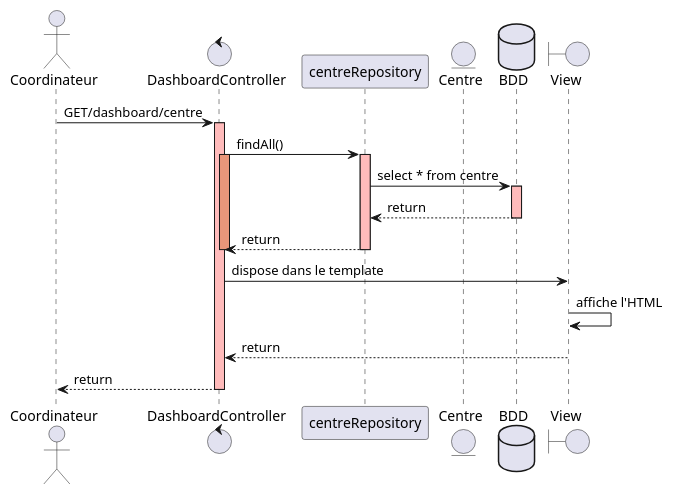
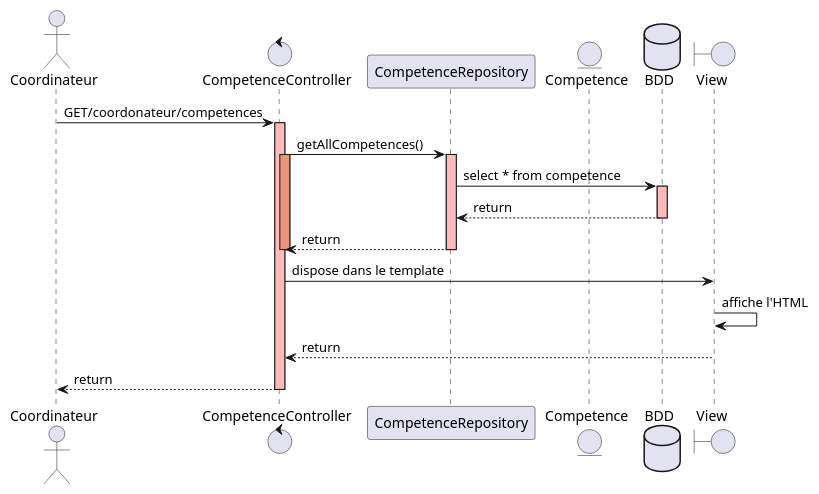
One commit to GreenHawk-99/AppGreta changed the diagram in doc/puml/SequenceDiagram.puml. Above: the diagram before and after it, drawn with PlantUML. The commit also changed 5 other files, not shown here.

```diff
--- a/doc/puml/SequenceDiagram.puml
+++ b/doc/puml/SequenceDiagram.puml
@@ -1,32 +1,32 @@
 @startuml
 
 actor Coordinateur
-control "DashboardController" as DC
-participant "centreRepository" as CR
-entity "Centre" as C
+control "CompetenceController" as DC
+participant "CompetenceRepository" as CR
+entity "Competence" as C
 database "BDD" as BDD
 boundary "View" as V
 
-Coordinateur -> DC: GET/dashboard/centre
+Coordinateur -> DC: GET/coordonateur/competences
 activate DC #FFBBBB
 
-DC -> CR: findAll()
+DC -> CR: getAllCompetences()
 activate DC #DarkSalmon
 activate CR #FFBBBB
 
-CR -> BDD: select * from centre
+CR -> BDD: select * from competence
 activate BDD #FFBBBB
 BDD --> CR: return
 deactivate BDD
 
 CR --> DC: return
 deactivate DC
 deactivate CR
 
 DC -> V: dispose dans le template
 V -> V: affiche l'HTML
 V --> DC: return
 
 DC --> Coordinateur: return
 deactivate DC
 @enduml
```
